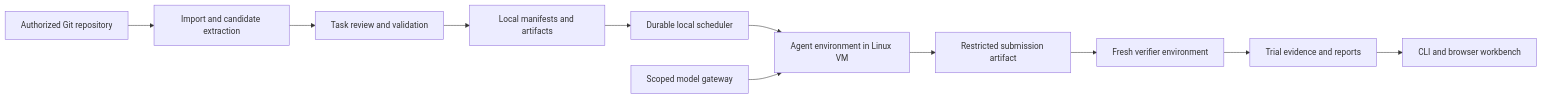
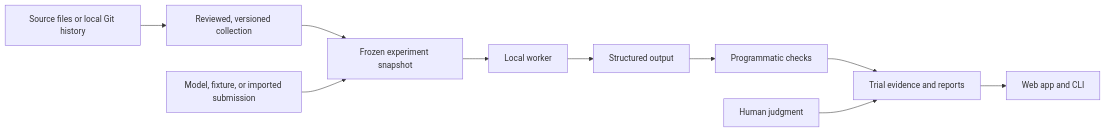
Before and after one commit to sumervaid/everval-ai: the diagram in docs/ARCHITECTURE.md, drawn with Mermaid. The commit also changed other lines of this file and 89 other files, not shown here.

Commit message:
Build local evaluation workbench for code, documents, data, and workflows

````diff
--- a/docs/ARCHITECTURE.md
+++ b/docs/ARCHITECTURE.md
@@ -7,13 +9,12 @@
 ```mermaid
 flowchart LR
-    Repo["Authorized Git repository"] --> Import["Import and candidate extraction"]
-    Import --> Review["Task review and validation"]
-    Review --> Store["Local manifests and artifacts"]
-    Store --> Scheduler["Durable local scheduler"]
-    Scheduler --> Solver["Agent environment in Linux VM"]
-    Solver --> Patch["Restricted submission artifact"]
-    Patch --> Verifier["Fresh verifier environment"]
-    Verifier --> Results["Trial evidence and reports"]
-    Results --> UI["CLI and browser workbench"]
-    Gateway["Scoped model gateway"] --> Solver
+    Sources["Source files or local Git history"] --> Collection["Reviewed, versioned collection"]
+    Collection --> Snapshot["Frozen experiment snapshot"]
+    Systems["Model, fixture, or imported submission"] --> Snapshot
+    Snapshot --> Worker["Local worker"]
+    Worker --> Output["Structured output"]
+    Output --> Checks["Programmatic checks"]
+    Checks --> Evidence["Trial evidence and reports"]
+    Evidence --> App["Web app and CLI"]
+    Review["Human judgment"] --> Evidence
 ```
````
